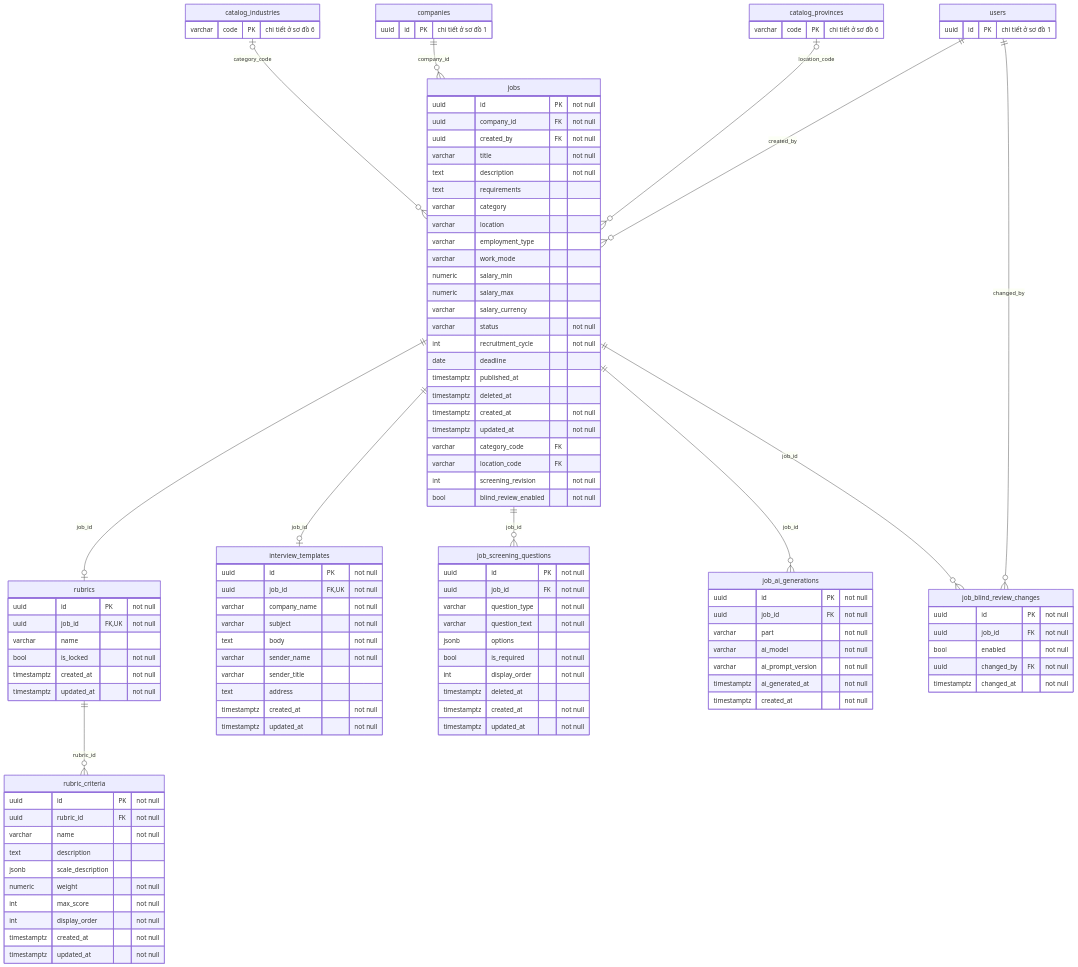
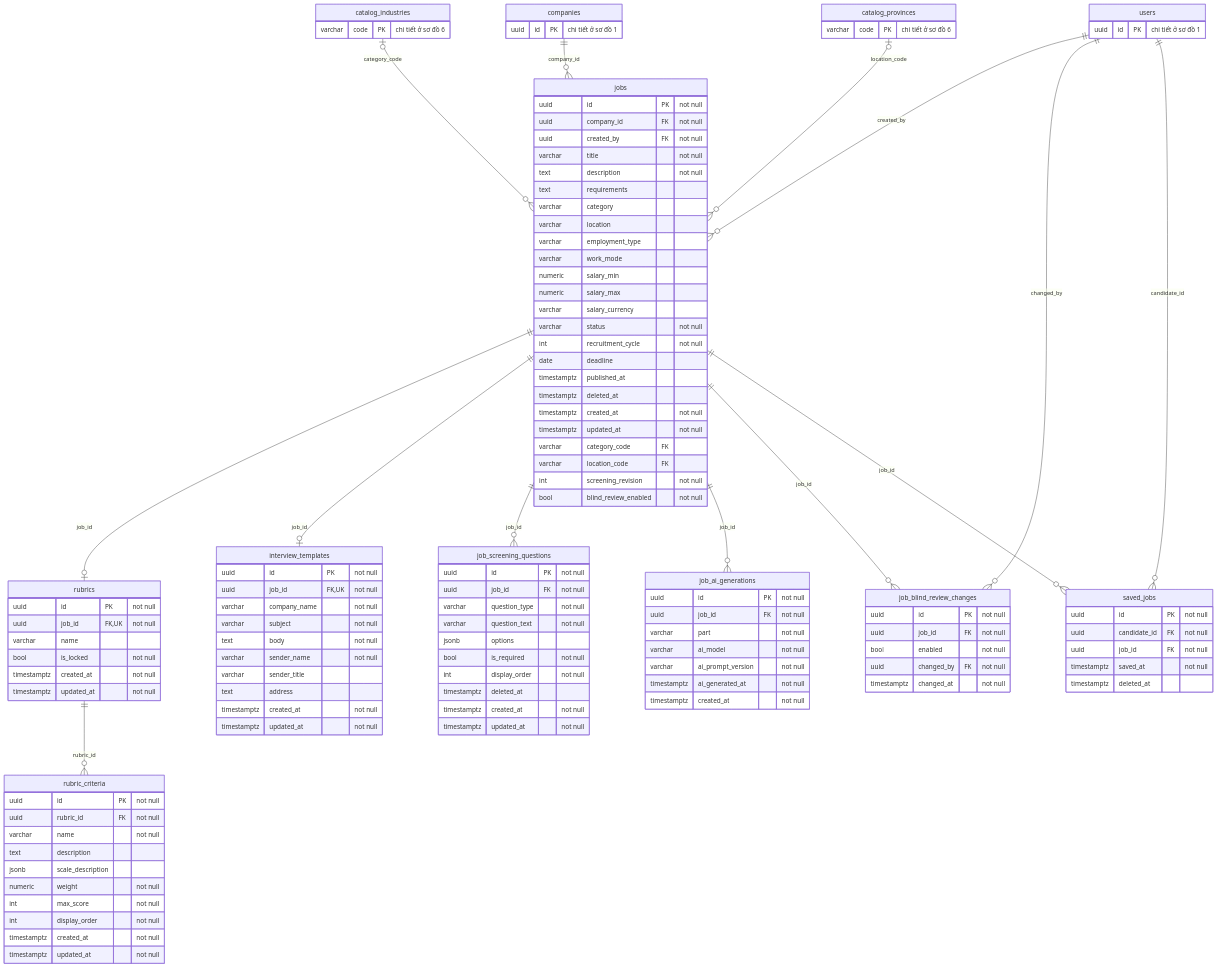
One commit to MinhDat205/ai-recruitment-agent changed the second of 6 diagrams in docs/ER.md. Above: the diagram before and after it, drawn with Mermaid. The commit also changed other lines of this file and 9 other files, not shown here.

````diff
--- a/docs/ER.md
+++ b/docs/ER.md
@@ -191,6 +194,13 @@
         uuid changed_by FK "not null"
         timestamptz changed_at "not null"
     }
+    saved_jobs {
+        uuid id PK "not null"
+        uuid candidate_id FK "not null"
+        uuid job_id FK "not null"
+        timestamptz saved_at "not null"
+        timestamptz deleted_at
+    }
     catalog_industries {
         varchar code PK "chi tiết ở sơ đồ 6"
     }
@@ -214,4 +224,6 @@
     jobs ||--o{ job_ai_generations : "job_id"
     users ||--o{ job_blind_review_changes : "changed_by"
     jobs ||--o{ job_blind_review_changes : "job_id"
+    users ||--o{ saved_jobs : "candidate_id"
+    jobs ||--o{ saved_jobs : "job_id"
 ```
````
